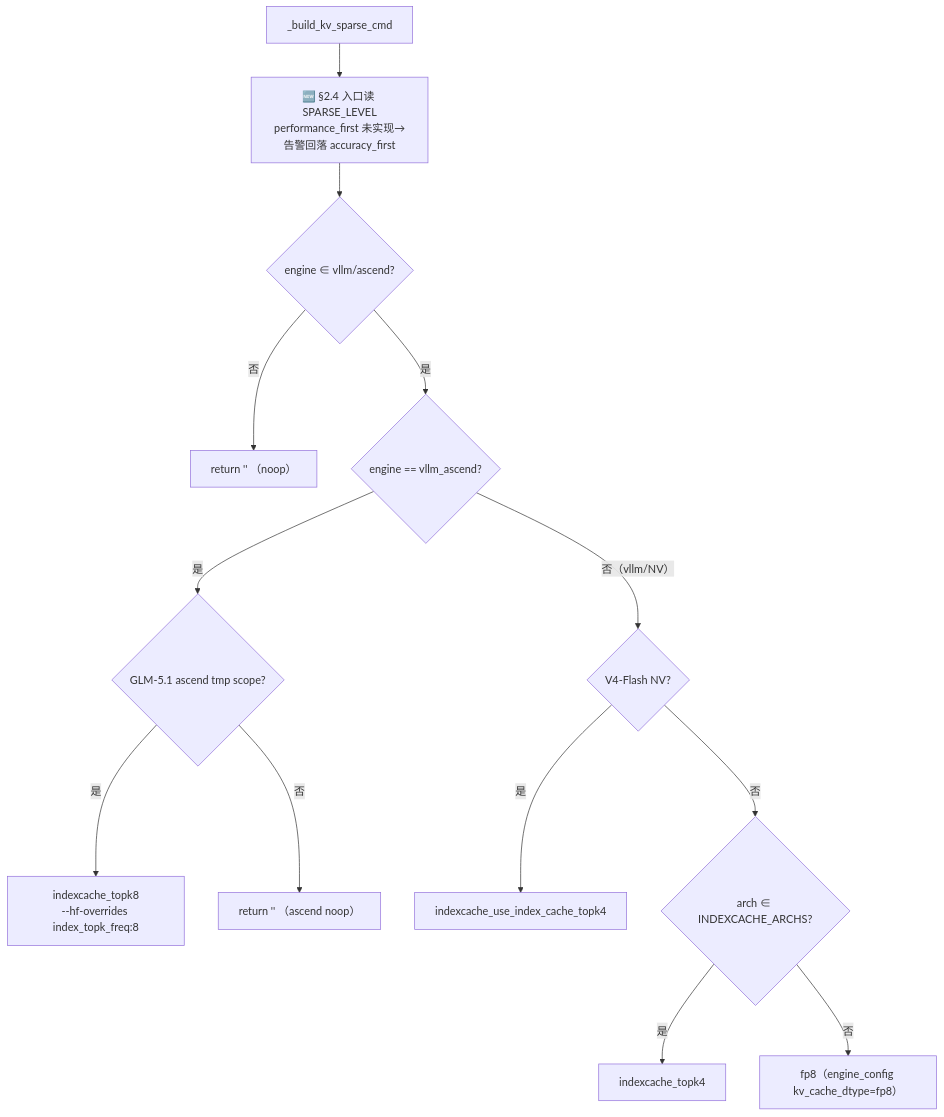
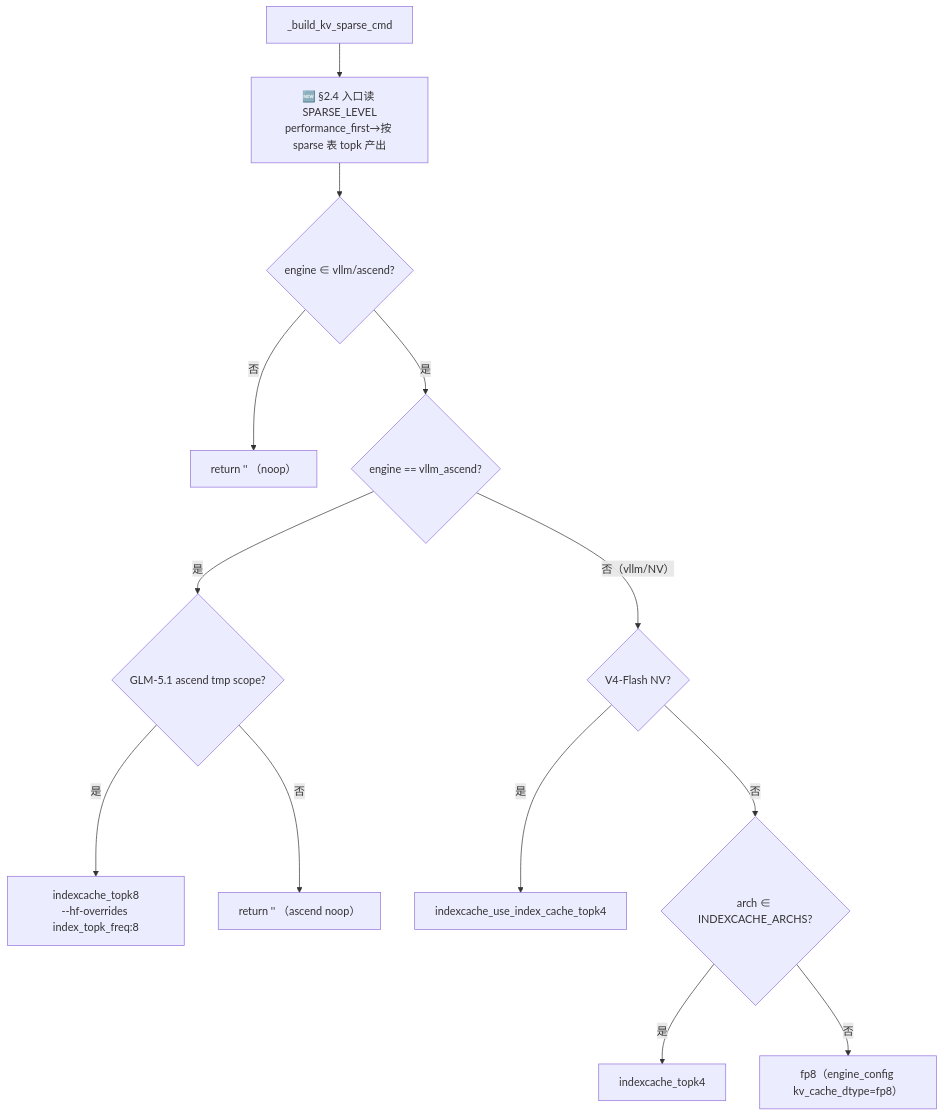
One commit to thegodloy-jpg/wings-control changed the fourth of 20 diagrams in xuqiu/smart/需求一-三特性使能.md. Above: the diagram before and after it, drawn with Mermaid. The commit also changed other lines of this file, not shown here.

````diff
--- a/xuqiu/smart/需求一-三特性使能.md
+++ b/xuqiu/smart/需求一-三特性使能.md
@@ -530,15 +558,15 @@
 ```mermaid
 flowchart TD
-  A["_build_kv_sparse_cmd"] --> S["🆕 §2.4 入口读 SPARSE_LEVEL<br/>performance_first 未实现→告警回落 accuracy_first"]
+  A["_build_kv_sparse_cmd"] --> S["🆕 §2.4 入口读 SPARSE_LEVEL<br/>performance_first→按 sparse 表 topk 产出"]
   S --> B{"engine ∈ vllm/ascend?"}
   B -- 否 --> R0["return '' （noop）"]
   B -- 是 --> C{"engine == vllm_ascend?"}
   C -- 是 --> D{"GLM-5.1 ascend tmp scope?"}
   D -- 是 --> Rg["indexcache_topk8<br/>--hf-overrides index_topk_freq:8"]
   D -- 否 --> Rn["return '' （ascend noop）"]
   C -- 否（vllm/NV） --> E{"V4-Flash NV?"}
   E -- 是 --> Rv["indexcache_use_index_cache_topk4"]
   E -- 否 --> F{"arch ∈ INDEXCACHE_ARCHS?"}
   F -- 是 --> Ri["indexcache_topk4"]
   F -- 否 --> Rf["fp8（engine_config kv_cache_dtype=fp8）"]
 ```
````
